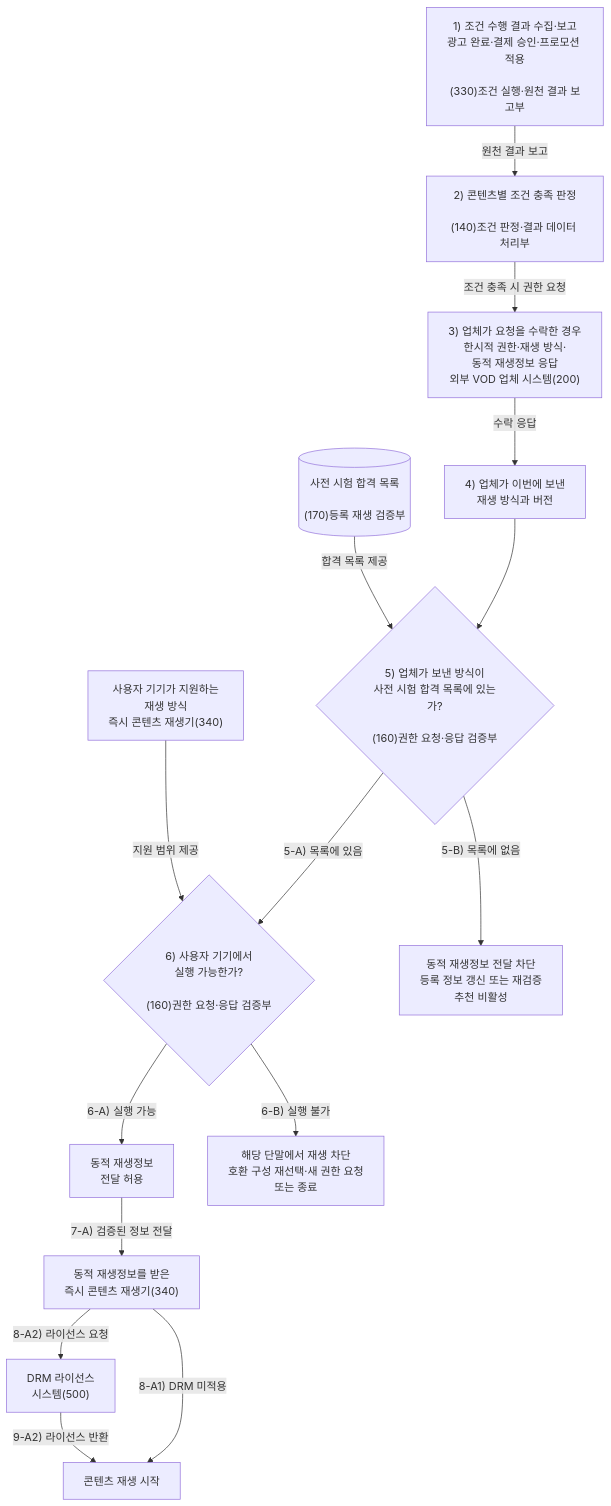
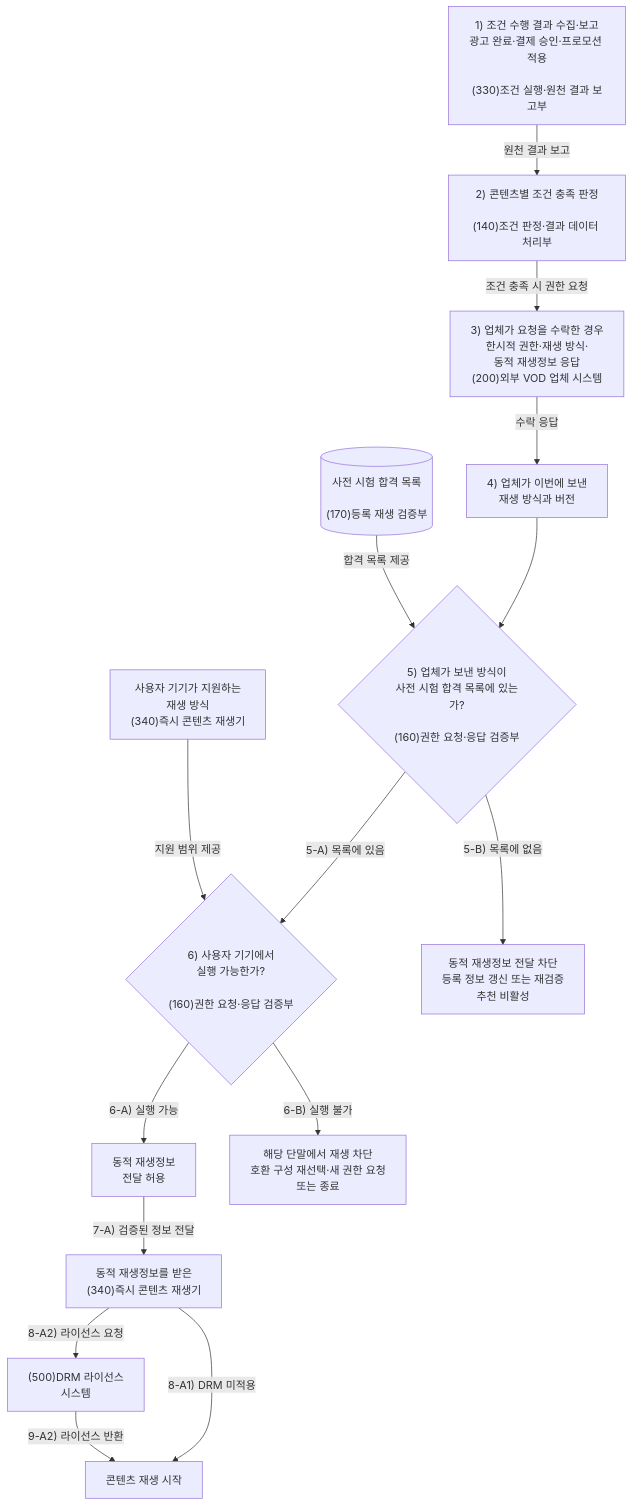
One commit to growdai1y/instant-play changed the fourth of 11 diagrams in instant_play_직무발명서_가독성개선본.md. Above: the diagram before and after it, drawn with Mermaid. The commit also changed other lines of this file and 1 other file, not shown here.

Commit message:
Standardize Mermaid diagram identifiers

````diff
--- a/instant_play_직무발명서_가독성개선본.md
+++ b/instant_play_직무발명서_가독성개선본.md
@@ -259,32 +259,32 @@
 ```mermaid
 flowchart TB
     SOURCE330["1) 조건 수행 결과 수집·보고<br/>광고 완료·결제 승인·프로모션 적용<br/><br/>(330)조건 실행·원천 결과 보고부"]
     DECISION140["2) 콘텐츠별 조건 충족 판정<br/><br/>(140)조건 판정·결과 데이터 처리부"]
-    PROVIDER200["3) 업체가 요청을 수락한 경우<br/>한시적 권한·재생 방식·<br/>동적 재생정보 응답<br/>외부 VOD 업체 시스템(200)"]
+    PROVIDER200["3) 업체가 요청을 수락한 경우<br/>한시적 권한·재생 방식·<br/>동적 재생정보 응답<br/>(200)외부 VOD 업체 시스템"]
     CONFIG200["4) 업체가 이번에 보낸<br/>재생 방식과 버전"]
     VERIFIED170[("사전 시험 합격 목록<br/><br/>(170)등록 재생 검증부")]
     CHECK_VERIFIED{"5) 업체가 보낸 방식이<br/>사전 시험 합격 목록에 있는가?<br/><br/>(160)권한 요청·응답 검증부"}
-    CAPABILITY340["사용자 기기가 지원하는<br/>재생 방식<br/>즉시 콘텐츠 재생기(340)"]
+    CAPABILITY340["사용자 기기가 지원하는<br/>재생 방식<br/>(340)즉시 콘텐츠 재생기"]
     CHECK_DEVICE{"6) 사용자 기기에서<br/>실행 가능한가?<br/><br/>(160)권한 요청·응답 검증부"}
     DELIVER["동적 재생정보<br/>전달 허용"]
-    PLAYER340["동적 재생정보를 받은<br/>즉시 콘텐츠 재생기(340)"]
-    DRM["DRM 라이선스<br/>시스템(500)"]
+    PLAYER340["동적 재생정보를 받은<br/>(340)즉시 콘텐츠 재생기"]
+    DRM["(500)DRM 라이선스<br/>시스템"]
     PLAY["콘텐츠 재생 시작"]
     CONFIG_BLOCK["동적 재생정보 전달 차단<br/>등록 정보 갱신 또는 재검증<br/>추천 비활성"]
     DEVICE_BLOCK["해당 단말에서 재생 차단<br/>호환 구성 재선택·새 권한 요청<br/>또는 종료"]
 
     SOURCE330 -->|"원천 결과 보고"| DECISION140
     DECISION140 -->|"조건 충족 시 권한 요청"| PROVIDER200
     PROVIDER200 -->|"수락 응답"| CONFIG200
     CONFIG200 --> CHECK_VERIFIED
     VERIFIED170 -->|"합격 목록 제공"| CHECK_VERIFIED
     CHECK_VERIFIED -->|"5-A) 목록에 있음"| CHECK_DEVICE
     CHECK_VERIFIED -->|"5-B) 목록에 없음"| CONFIG_BLOCK
     CAPABILITY340 -->|"지원 범위 제공"| CHECK_DEVICE
     CHECK_DEVICE -->|"6-A) 실행 가능"| DELIVER
     CHECK_DEVICE -->|"6-B) 실행 불가"| DEVICE_BLOCK
     DELIVER -->|"7-A) 검증된 정보 전달"| PLAYER340
     PLAYER340 -->|"8-A1) DRM 미적용"| PLAY
     PLAYER340 -->|"8-A2) 라이선스 요청"| DRM
     DRM -->|"9-A2) 라이선스 반환"| PLAY
 ```
````
